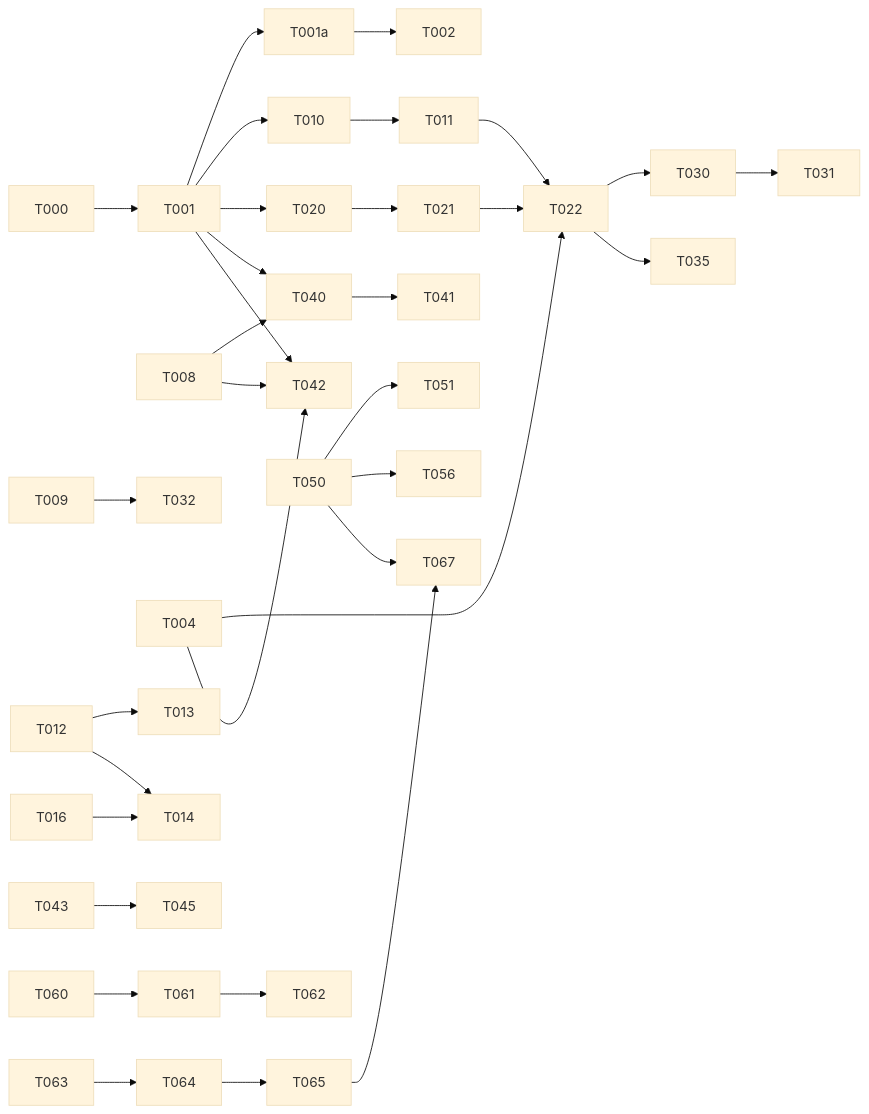
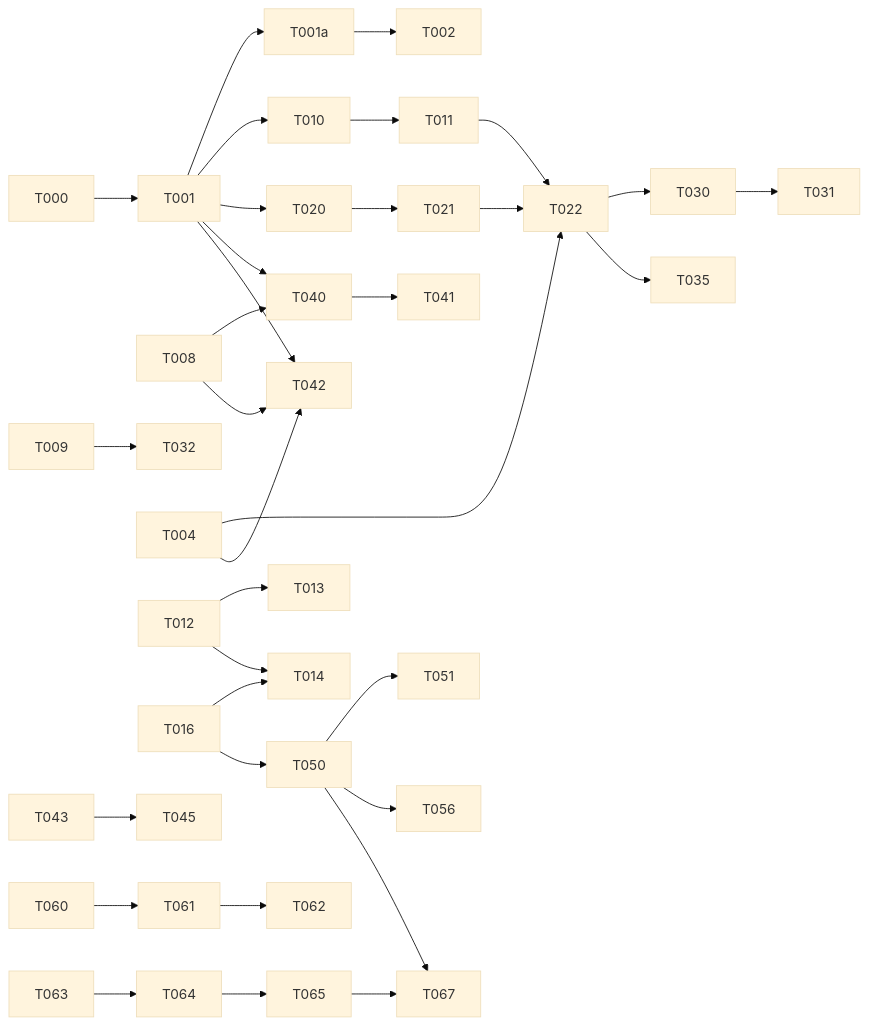
One commit to pedropenha/transcreveai changed the diagram in specs/tasks.md. Above: the diagram before and after it, drawn with Mermaid (base theme). The commit also changed other lines of this file and 15 other files, not shown here.

````diff
--- a/specs/tasks.md
+++ b/specs/tasks.md
@@ -138,20 +145,20 @@
 ```mermaid
 flowchart LR
   T000 --> T001
   T001 --> T001a --> T002
   T001 --> T010 & T020 & T040 & T042
   T008 --> T040 & T042
   T009 --> T032
   T004 --> T022 & T042
   T010 --> T011 --> T022
   T012 --> T013 & T014
-  T016 --> T014
+  T016 --> T014 & T050
   T020 --> T021 --> T022
   T022 --> T030 --> T031
   T022 --> T035
   T040 --> T041
   T043 --> T045
   T050 --> T051 & T056 & T067
   T060 --> T061 --> T062
   T063 --> T064 --> T065 --> T067
 ```
````
